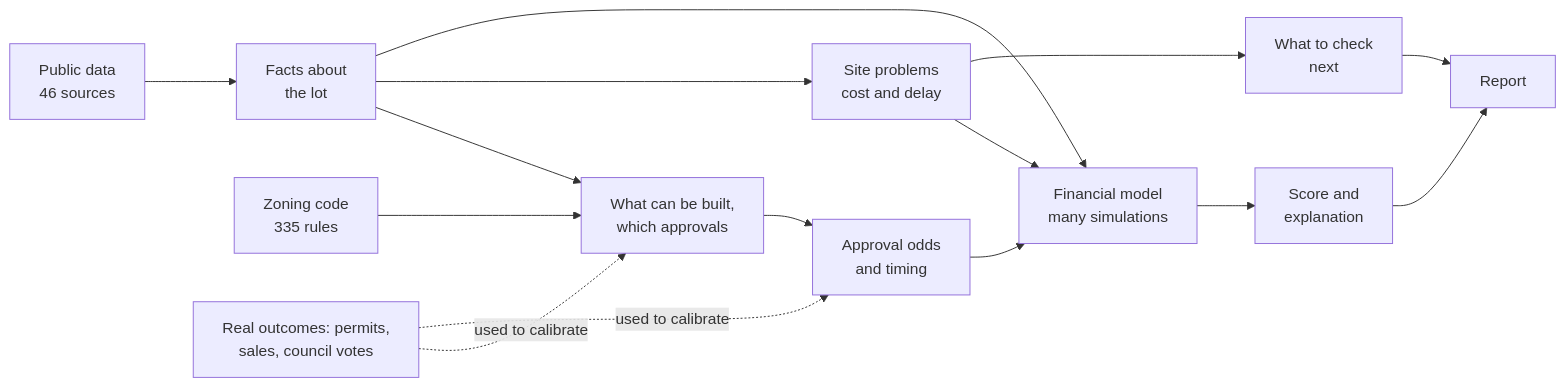
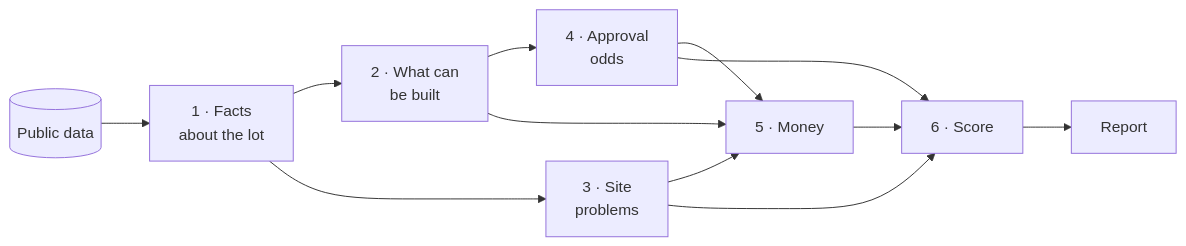
One commit to renataCalle/aihorizons-housing changed the first of 3 diagrams in docs/technical-report.md. Above: the diagram before and after it, drawn with Mermaid. The commit also changed other lines of this file, not shown here.

First line of the commit message:
Rewrite the technical report as one guided walk-through

````diff
--- a/docs/technical-report.md
+++ b/docs/technical-report.md
@@ -59,17 +62,14 @@
 ```mermaid
 flowchart LR
-  A[Public data<br/>46 sources] --> B[Facts about<br/>the lot]
-  C[Zoning code<br/>335 rules] --> D
-  B --> D[What can be built,<br/>which approvals]
-  D --> E[Approval odds<br/>and timing]
-  B --> F[Site problems<br/>cost and delay]
-  E --> G[Financial model<br/>many simulations]
-  F --> G
-  B --> G
-  G --> H[Score and<br/>explanation]
-  F --> I[What to check<br/>next]
-  H --> J[Report]
-  I --> J
-  K[Real outcomes: permits,<br/>sales, council votes] -. used to calibrate .-> D
-  K -. used to calibrate .-> E
+  D[(Public data)] --> S1[1 · Facts<br/>about the lot]
+  S1 --> S2[2 · What can<br/>be built]
+  S1 --> S3[3 · Site<br/>problems]
+  S2 --> S4[4 · Approval<br/>odds]
+  S2 --> S5[5 · Money]
+  S3 --> S5
+  S4 --> S5
+  S4 --> S6[6 · Score]
+  S3 --> S6
+  S5 --> S6
+  S6 --> R[Report]
 ```
````
